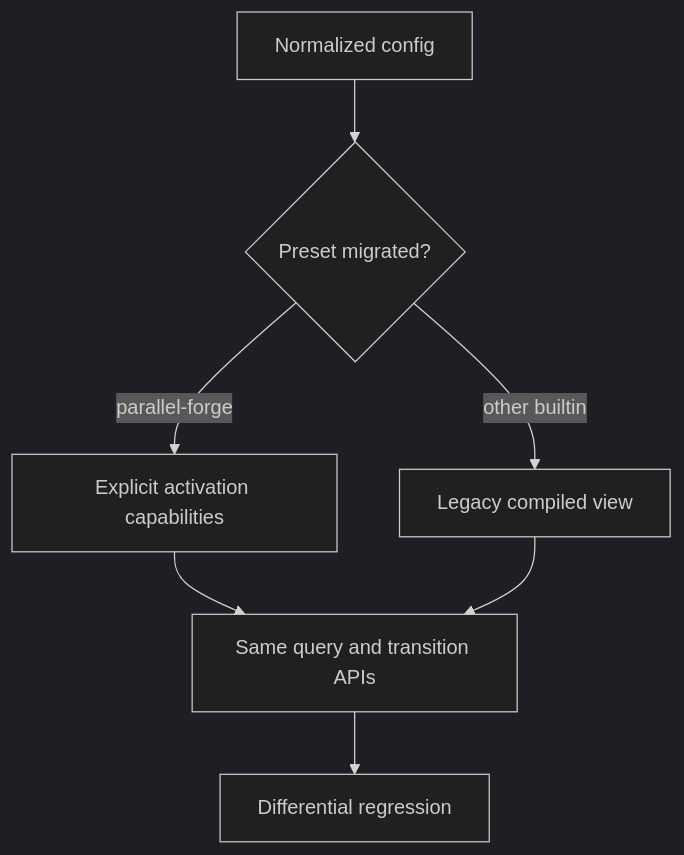
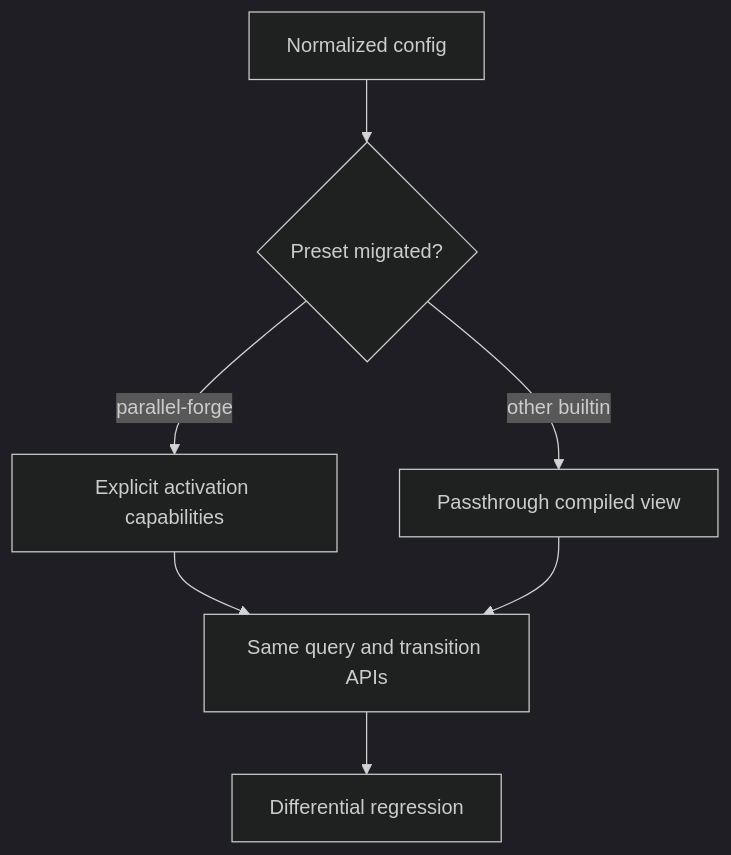
Before and after one commit to pittcat/ralph-orchestrator: the fourth of 5 diagrams in docs/plans/2026-07-30-004-refactor-unified-execution-contract-plan.md, drawn with Mermaid (dark theme). The commit also changed other lines of this file, not shown here.

````diff
--- a/docs/plans/2026-07-30-004-refactor-unified-execution-contract-plan.md
+++ b/docs/plans/2026-07-30-004-refactor-unified-execution-contract-plan.md
@@ -506,9 +506,9 @@
 ```mermaid
 flowchart TB
   A[Normalized config] --> B{Preset migrated?}
   B -->|parallel-forge| C[Explicit activation capabilities]
-  B -->|other builtin| D[Legacy compiled view]
+  B -->|other builtin| D[Passthrough compiled view]
   C --> E[Same query and transition APIs]
   D --> E
   E --> F[Differential regression]
 ```
````
